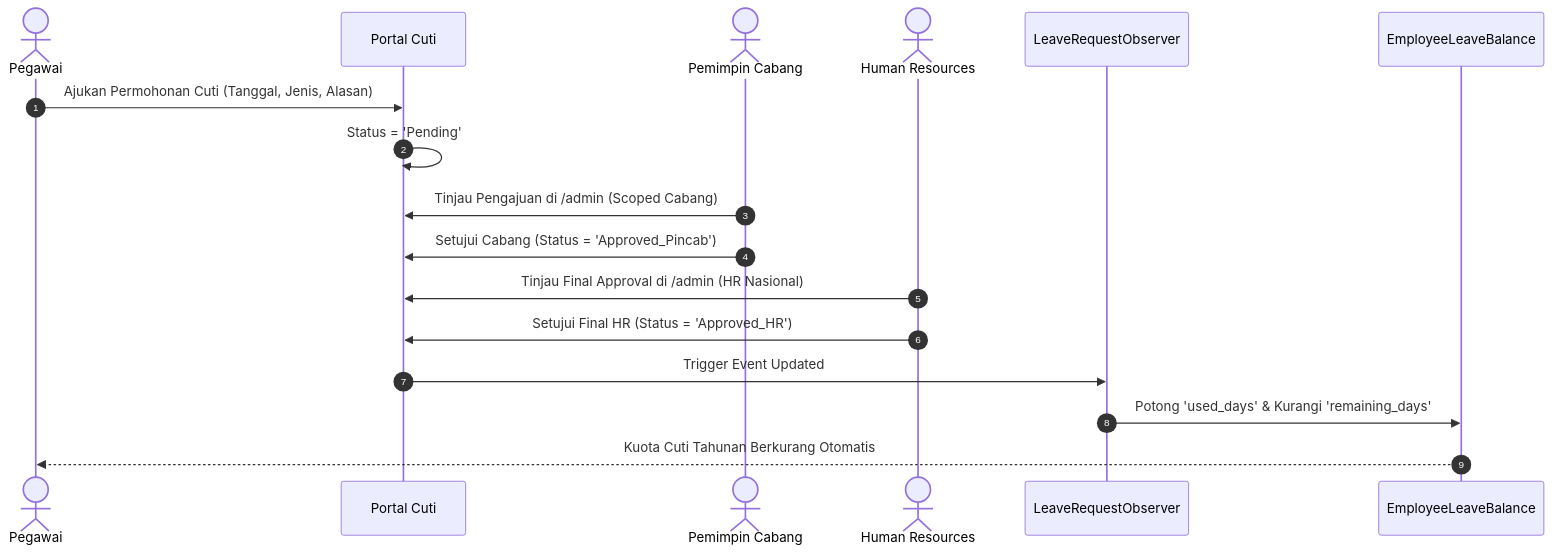
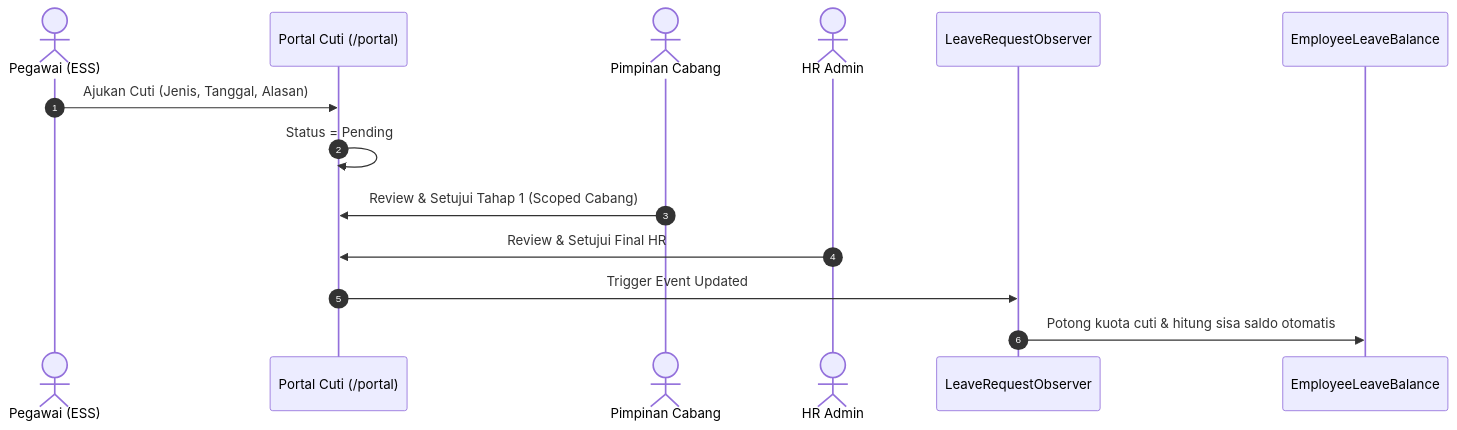
The second of 2 diagrams in README.md (Blazingctz10/Lara-HRIS), drawn with Mermaid before and after one commit. The commit also changed other lines of this file, not shown here.

````diff
--- a/README.md
+++ b/README.md
@@ -76,20 +77,17 @@
 ```mermaid
 sequenceDiagram
     autonumber
-    actor Staf as Pegawai
-    participant ESS as Portal Cuti
-    actor Pincab as Pemimpin Cabang
-    actor HR as Human Resources
+    actor Staf as Pegawai (ESS)
+    participant ESS as Portal Cuti (/portal)
+    actor Pincab as Pimpinan Cabang
+    actor HR as HR Admin
     participant Obs as LeaveRequestObserver
     participant Saldo as EmployeeLeaveBalance
 
-    Staf->>ESS: Ajukan Permohonan Cuti (Tanggal, Jenis, Alasan)
-    ESS->>ESS: Status = 'Pending'
-    Pincab->>ESS: Tinjau Pengajuan di /admin (Scoped Cabang)
-    Pincab->>ESS: Setujui Cabang (Status = 'Approved_Pincab')
-    HR->>ESS: Tinjau Final Approval di /admin (HR Nasional)
-    HR->>ESS: Setujui Final HR (Status = 'Approved_HR')
+    Staf->>ESS: Ajukan Cuti (Jenis, Tanggal, Alasan)
+    ESS->>ESS: Status = Pending
+    Pincab->>ESS: Review & Setujui Tahap 1 (Scoped Cabang)
+    HR->>ESS: Review & Setujui Final HR
     ESS->>Obs: Trigger Event Updated
-    Obs->>Saldo: Potong 'used_days' & Kurangi 'remaining_days'
-    Saldo-->>Staf: Kuota Cuti Tahunan Berkurang Otomatis
+    Obs->>Saldo: Potong kuota cuti & hitung sisa saldo otomatis
 ```
````
